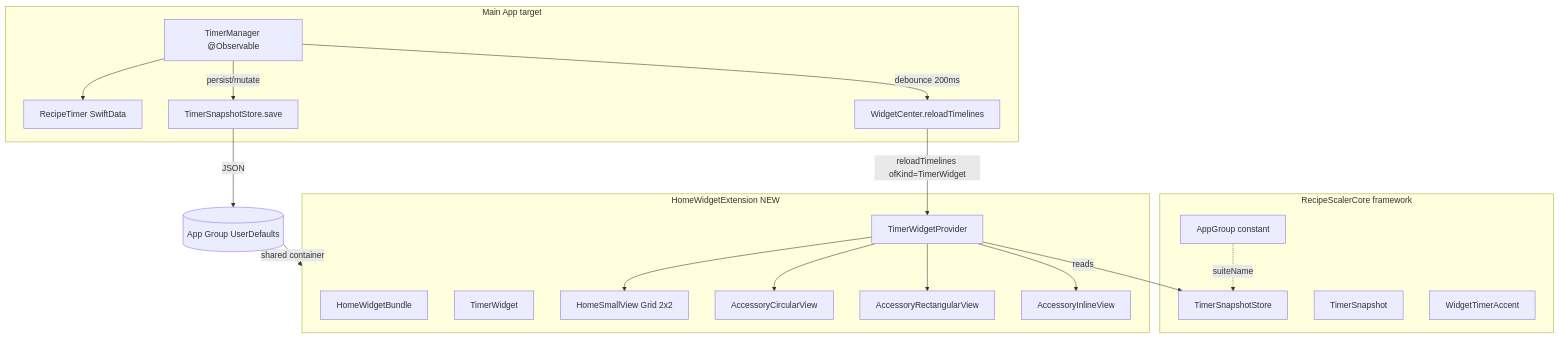
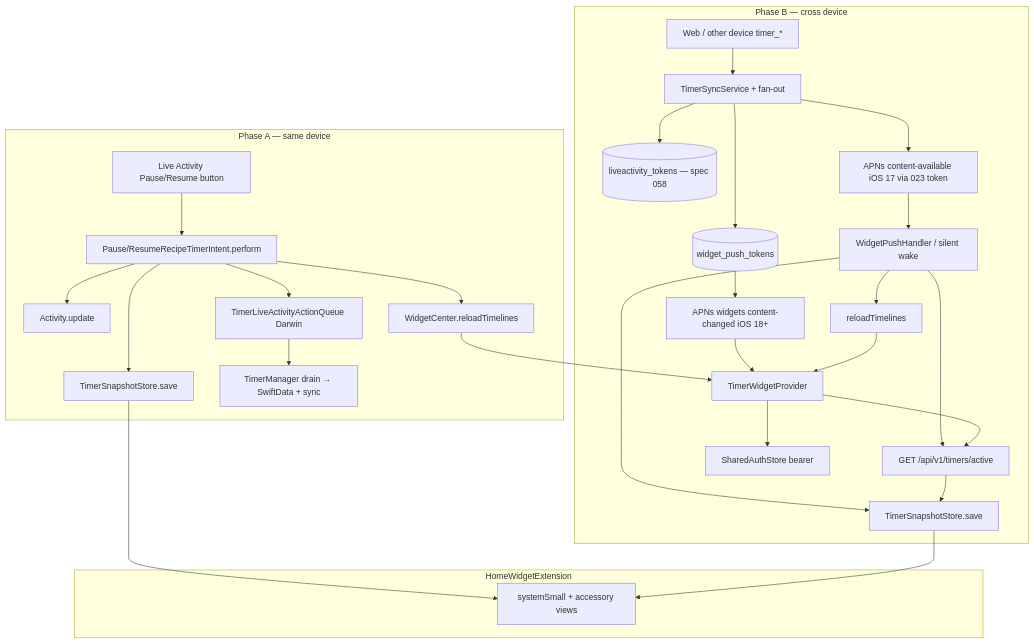
One commit to mikeozornin/recipe-scaler-native changed the diagram in specs/030-timer-widget/plan.md. Above: the diagram before and after it, drawn with Mermaid. The commit also changed other lines of this file and 10 other files, not shown here.

First line of the commit message:
feat(live-activity): update snapshot and widget on Lock Screen pause/resume

````diff
--- a/specs/030-timer-widget/plan.md
+++ b/specs/030-timer-widget/plan.md
@@ -18,39 +36,56 @@
 ```mermaid
 flowchart TD
-    subgraph Main[Main App target]
-        TM[TimerManager @Observable]
-        RT[RecipeTimer SwiftData]
-        TSS_save[TimerSnapshotStore.save]
-        WC[WidgetCenter.reloadTimelines]
+    subgraph SameDevice[Phase A — same device]
+        LABtn[Live Activity Pause/Resume button]
+        Intent[Pause/ResumeRecipeTimerIntent.perform]
+        ActUp[Activity.update]
+        SnapA[TimerSnapshotStore.save]
+        RelA[WidgetCenter.reloadTimelines]
+        Queue[TimerLiveActivityActionQueue Darwin]
+        TM[TimerManager drain → SwiftData + sync]
     end
 
-    subgraph Core[RecipeScalerCore framework]
-        AG[AppGroup constant]
-        TSS[TimerSnapshotStore]
-        TS[TimerSnapshot]
-        WTA[WidgetTimerAccent]
+    subgraph CrossDevice[Phase B — cross device]
+        Web[Web / other device timer_*]
+        Server[TimerSyncService + fan-out]
+        WTok[(widget_push_tokens)]
+        LATok[(liveactivity_tokens — spec 058)]
+        WPush[APNs widgets content-changed iOS 18+]
+        Silent[APNs content-available iOS 17 via 023 token]
+        Handler[WidgetPushHandler / silent wake]
+        Prov[TimerWidgetProvider]
+        Fetch[GET /api/v1/timers/active]
+        Auth[SharedAuthStore bearer]
+        SnapB[TimerSnapshotStore.save]
+        RelB[reloadTimelines]
     end
 
-    subgraph Widget[HomeWidgetExtension NEW]
-        WB[HomeWidgetBundle]
-        TW[TimerWidget]
-        TP[TimerWidgetProvider]
-        HS[HomeSmallView Grid 2x2]
-        AC[AccessoryCircularView]
-        AR[AccessoryRectangularView]
-        AI[AccessoryInlineView]
+    subgraph Widget[HomeWidgetExtension]
+        Views[systemSmall + accessory views]
     end
 
-    TM --> RT
-    TM -- persist/mutate --> TSS_save
-    TSS_save -- JSON --> UD[(App Group UserDefaults)]
-    AG -.suiteName.-> TSS
-    TM -- debounce 200ms --> WC
-    WC -- reloadTimelines ofKind=TimerWidget --> TP
-    TP -- reads --> TSS
-    TP --> HS
-    TP --> AC
-    TP --> AR
-    TP --> AI
-    UD -- shared container --> Widget
+    LABtn --> Intent
+    Intent --> ActUp
+    Intent --> SnapA
+    Intent --> RelA
+    Intent --> Queue
+    Queue --> TM
+
+    Web --> Server
+    Server --> WTok
+    Server --> LATok
+    WTok --> WPush
+    Server --> Silent
+    WPush --> Prov
+    Silent --> Handler
+    Handler --> Fetch
+    Handler --> SnapB
+    Handler --> RelB
+    Prov --> Auth
+    Prov --> Fetch
+    Fetch --> SnapB
+    SnapA --> Views
+    SnapB --> Views
+    RelA --> Prov
+    RelB --> Prov
 ```
````
